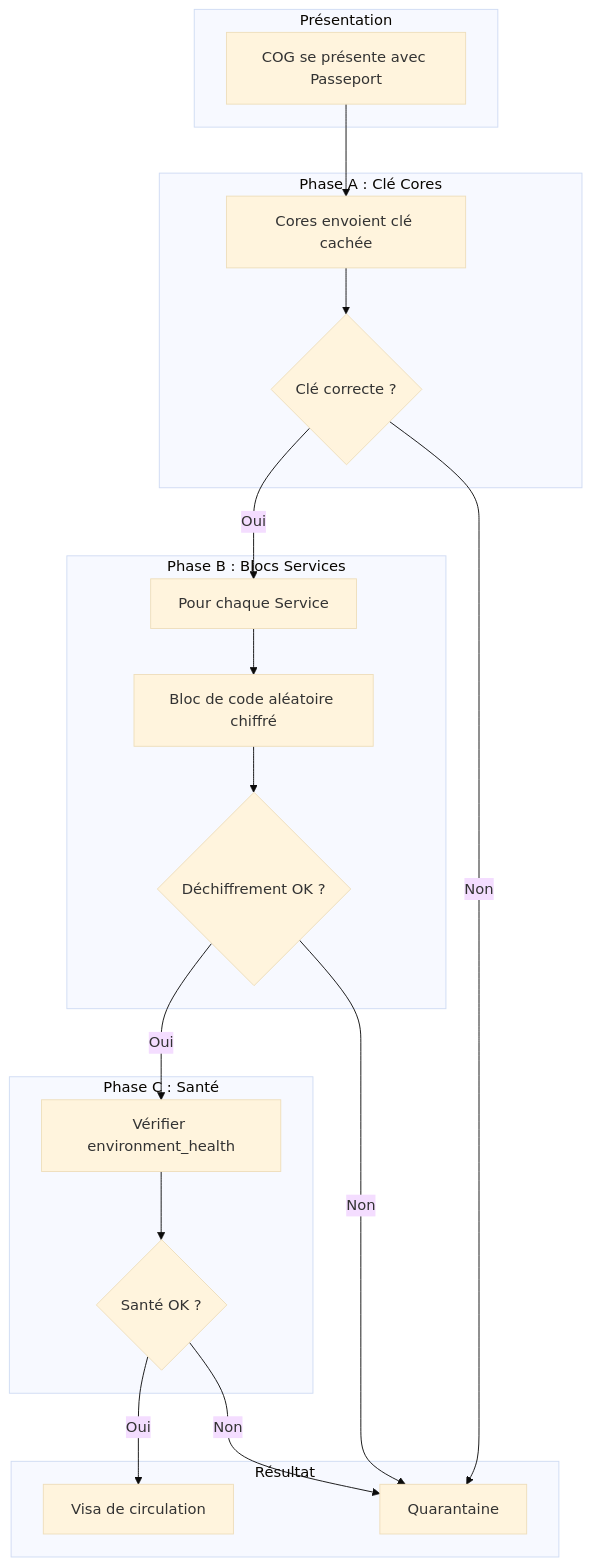
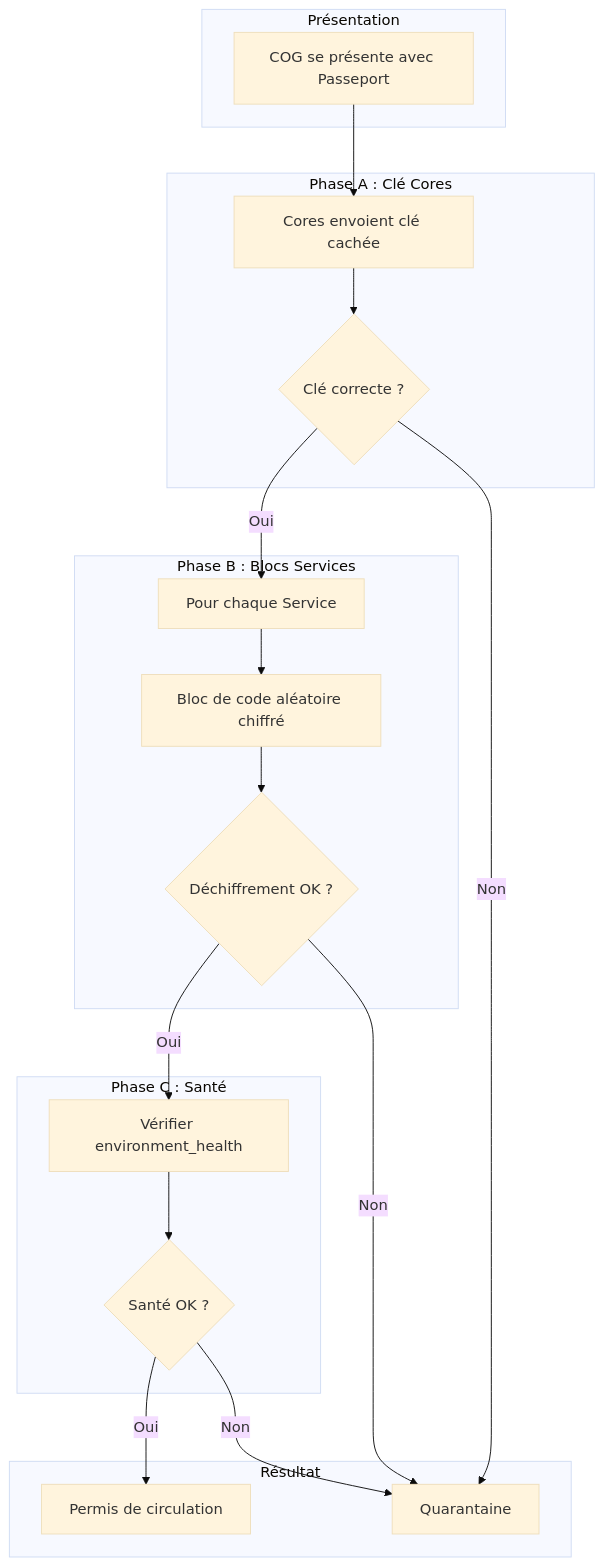
Before and after one commit to StudioMiyukini/miyukini_cog: the first of 5 diagrams in docs/miyukini-webway-system/verification/MWS - Flux de Verification.md, drawn with Mermaid (base theme). The commit also changed other lines of this file and 17 other files, not shown here.

````diff
--- a/docs/miyukini-webway-system/verification/MWS - Flux de Verification.md
+++ b/docs/miyukini-webway-system/verification/MWS - Flux de Verification.md
@@ -22,39 +22,39 @@
 ```mermaid
 flowchart TB
     subgraph Présentation["Présentation"]
         P[COG se présente avec Passeport]
     end
 
     subgraph PhaseA["Phase A : Clé Cores"]
         A1[Cores envoient clé cachée]
         A2{Clé correcte ?}
     end
 
     subgraph PhaseB["Phase B : Blocs Services"]
         B1[Pour chaque Service]
         B2[Bloc de code aléatoire chiffré]
         B3{Déchiffrement OK ?}
     end
 
     subgraph PhaseC["Phase C : Santé"]
         C1[Vérifier environment_health]
         C2{Santé OK ?}
     end
 
     subgraph Résultat["Résultat"]
-        R1[Visa de circulation]
+        R1[Permis de circulation]
         R2[Quarantaine]
     end
 
     P --> A1
     A1 --> A2
     A2 -->|Oui| B1
     A2 -->|Non| R2
     B1 --> B2
     B2 --> B3
     B3 -->|Oui| C1
     B3 -->|Non| R2
     C1 --> C2
     C2 -->|Oui| R1
     C2 -->|Non| R2
 ```
````
